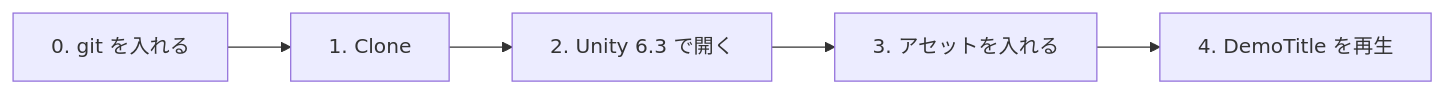
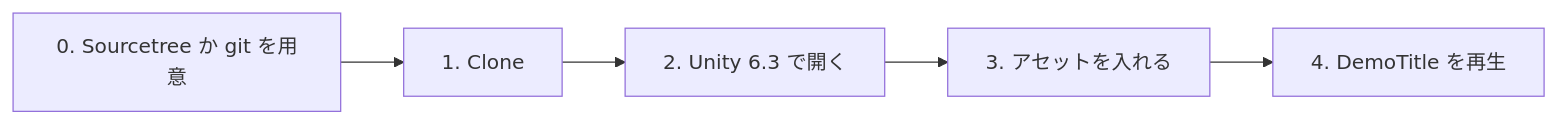
The diagram in docs/lessons/s0-guidance/setup.md (M-634/unity-game-dev-advance-docs.github.io), drawn with Mermaid before and after one commit. The commit also changed other lines of this file and 2 other files, not shown here.

````diff
--- a/docs/lessons/s0-guidance/setup.md
+++ b/docs/lessons/s0-guidance/setup.md
@@ -8,7 +8,7 @@
 ```mermaid
 flowchart LR
-    A["0. git を入れる"] --> B["1. Clone"]
+    A["0. Sourcetree か git を用意"] --> B["1. Clone"]
     B --> C["2. Unity 6.3 で開く"]
     C --> D["3. アセットを入れる"]
     D --> E["4. DemoTitle を再生"]
 ```
````
